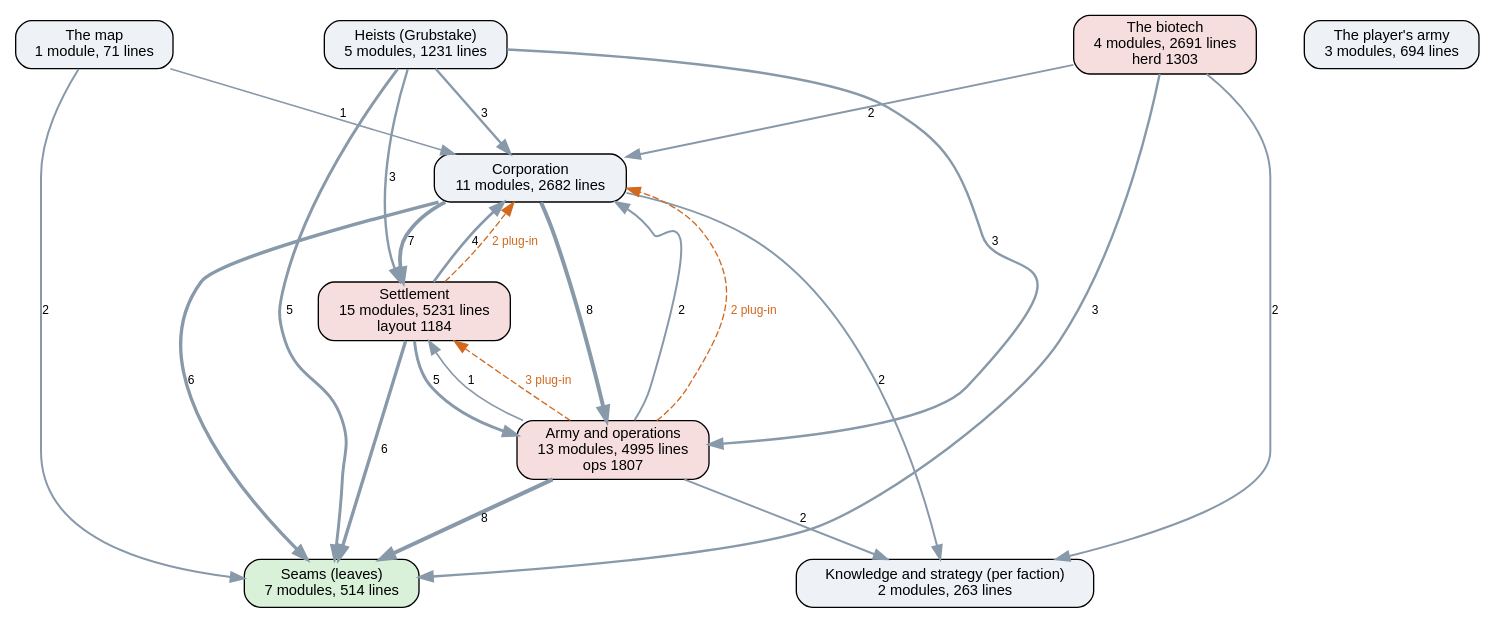
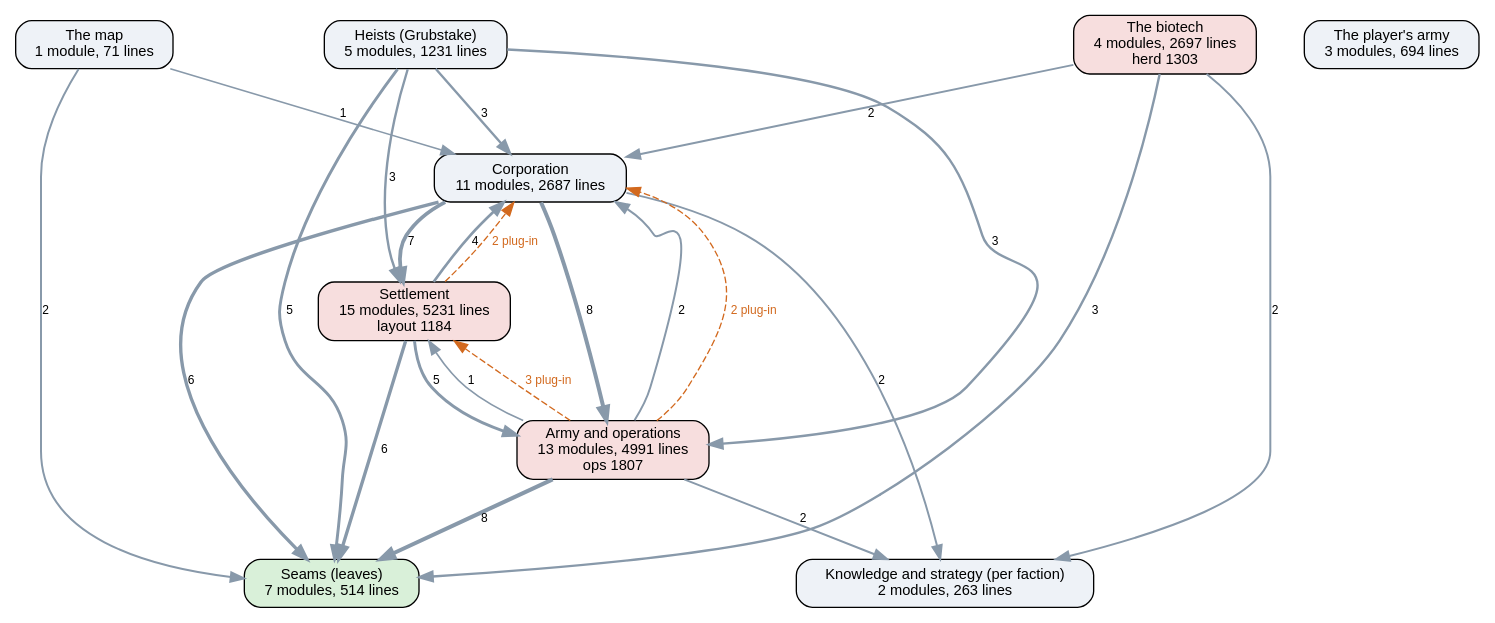
The diagram in docs/ai-layers.dot (kinelhu/landing-party), drawn with Graphviz before and after one commit. The commit also changed 28 other files, not shown here.

```diff
--- a/docs/ai-layers.dot
+++ b/docs/ai-layers.dot
@@ -1,37 +1,37 @@
 digraph layers {
   graph [rankdir=TB, fontname="Helvetica", nodesep=0.5, ranksep=0.7];
   node [shape=box, style="rounded,filled", fontname="Helvetica", fontsize=11, fillcolor="#eef2f7"];
   edge [color="#8899aa", fontname="Helvetica", fontsize=9];
   "Seams (leaves)" [label="Seams (leaves)\n7 modules, 514 lines", fillcolor="#d9f0d9"];
   "Knowledge and strategy (per faction)" [label="Knowledge and strategy (per faction)\n2 modules, 263 lines", fillcolor="#eef2f7"];
-  "Corporation" [label="Corporation\n11 modules, 2682 lines", fillcolor="#eef2f7"];
+  "Corporation" [label="Corporation\n11 modules, 2687 lines", fillcolor="#eef2f7"];
   "Settlement" [label="Settlement\n15 modules, 5231 lines\nlayout 1184", fillcolor="#f7dede"];
-  "Army and operations" [label="Army and operations\n13 modules, 4995 lines\nops 1807", fillcolor="#f7dede"];
+  "Army and operations" [label="Army and operations\n13 modules, 4991 lines\nops 1807", fillcolor="#f7dede"];
   "Heists (Grubstake)" [label="Heists (Grubstake)\n5 modules, 1231 lines", fillcolor="#eef2f7"];
-  "The biotech" [label="The biotech\n4 modules, 2691 lines\nherd 1303", fillcolor="#f7dede"];
+  "The biotech" [label="The biotech\n4 modules, 2697 lines\nherd 1303", fillcolor="#f7dede"];
   "The map" [label="The map\n1 module, 71 lines", fillcolor="#eef2f7"];
   "The player's army" [label="The player's army\n3 modules, 694 lines", fillcolor="#eef2f7"];
   "Army and operations" -> "Corporation" [label="2", penwidth=1.5];
   "Army and operations" -> "Knowledge and strategy (per faction)" [label="2", penwidth=1.5];
   "Army and operations" -> "Seams (leaves)" [label="8", penwidth=3.0];
   "Army and operations" -> "Settlement" [label="1", penwidth=1.2];
   "Corporation" -> "Army and operations" [label="8", penwidth=3.0];
   "Corporation" -> "Knowledge and strategy (per faction)" [label="2", penwidth=1.5];
   "Corporation" -> "Seams (leaves)" [label="6", penwidth=2.5];
   "Corporation" -> "Settlement" [label="7", penwidth=2.8];
   "Heists (Grubstake)" -> "Army and operations" [label="3", penwidth=1.8];
   "Heists (Grubstake)" -> "Corporation" [label="3", penwidth=1.8];
   "Heists (Grubstake)" -> "Seams (leaves)" [label="5", penwidth=2.2];
   "Heists (Grubstake)" -> "Settlement" [label="3", penwidth=1.8];
   "Settlement" -> "Army and operations" [label="5", penwidth=2.2];
   "Settlement" -> "Corporation" [label="4", penwidth=2.0];
   "Settlement" -> "Seams (leaves)" [label="6", penwidth=2.5];
   "The biotech" -> "Corporation" [label="2", penwidth=1.5];
   "The biotech" -> "Knowledge and strategy (per faction)" [label="2", penwidth=1.5];
   "The biotech" -> "Seams (leaves)" [label="3", penwidth=1.8];
   "The map" -> "Corporation" [label="1", penwidth=1.2];
   "The map" -> "Seams (leaves)" [label="2", penwidth=1.5];
   "Army and operations" -> "Corporation" [style=dashed, color="#d2691e", fontcolor="#d2691e", label="2 plug-in"];
   "Army and operations" -> "Settlement" [style=dashed, color="#d2691e", fontcolor="#d2691e", label="3 plug-in"];
   "Settlement" -> "Corporation" [style=dashed, color="#d2691e", fontcolor="#d2691e", label="2 plug-in"];
 }
```
